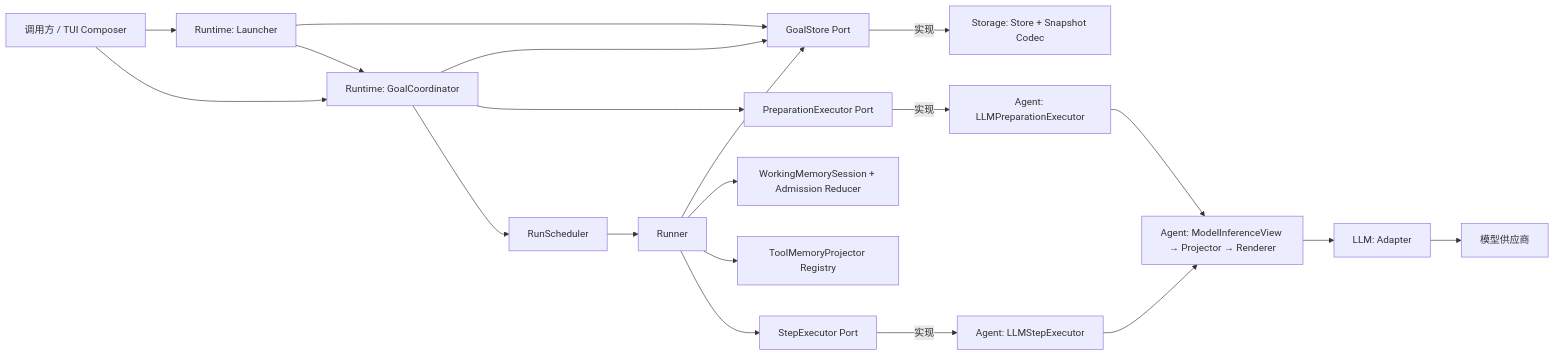
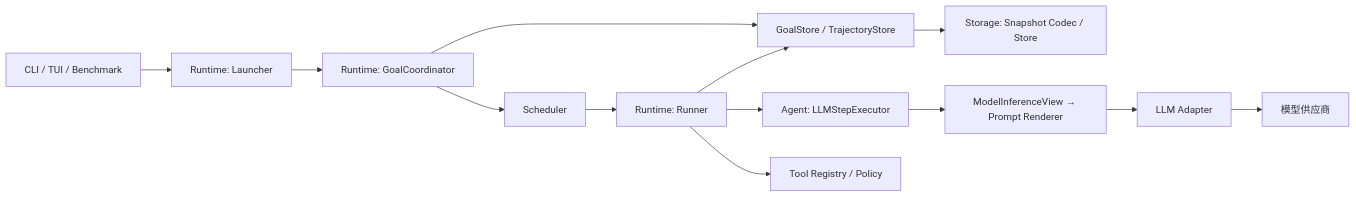
One commit to ccasJay/LazyGoal changed the diagram in docs/architecture/README.md. Above: the diagram before and after it, drawn with Mermaid. The commit also changed other lines of this file and 90 other files, not shown here.

````diff
--- a/docs/architecture/README.md
+++ b/docs/architecture/README.md
@@ -20,20 +19,15 @@
 ```mermaid
 flowchart LR
-    C[调用方 / TUI Composer] --> L[Runtime: Launcher]
-    C --> G[Runtime: GoalCoordinator]
-    L --> GS[GoalStore Port]
-    L --> G
-    G --> GS
-    G --> PE[PreparationExecutor Port]
-    G --> Q[RunScheduler] --> R[Runner]
-    R --> GS
-    R --> WM[WorkingMemorySession + Admission Reducer]
-    R --> TP[ToolMemoryProjector Registry]
-    R --> SE[StepExecutor Port]
-
-    GS -->|实现| ST[Storage: Store + Snapshot Codec]
-    PE -->|实现| LPE[Agent: LLMPreparationExecutor]
-    SE -->|实现| LSE[Agent: LLMStepExecutor]
-    LPE & LSE --> V[Agent: ModelInferenceView → Projector → Renderer]
-    V --> A[LLM: Adapter] --> M[模型供应商]
+    C[CLI / TUI / Benchmark] --> L[Runtime: Launcher]
+    L --> G[Runtime: GoalCoordinator]
+    G --> S[GoalStore / TrajectoryStore]
+    G --> Q[Scheduler]
+    Q --> R[Runtime: Runner]
+    R --> S
+    R --> E[Agent: LLMStepExecutor]
+    E --> V[ModelInferenceView → Prompt Renderer]
+    V --> A[LLM Adapter]
+    A --> M[模型供应商]
+    S --> ST[Storage: Snapshot Codec / Store]
+    R --> T[Tool Registry / Policy]
 ```
````
